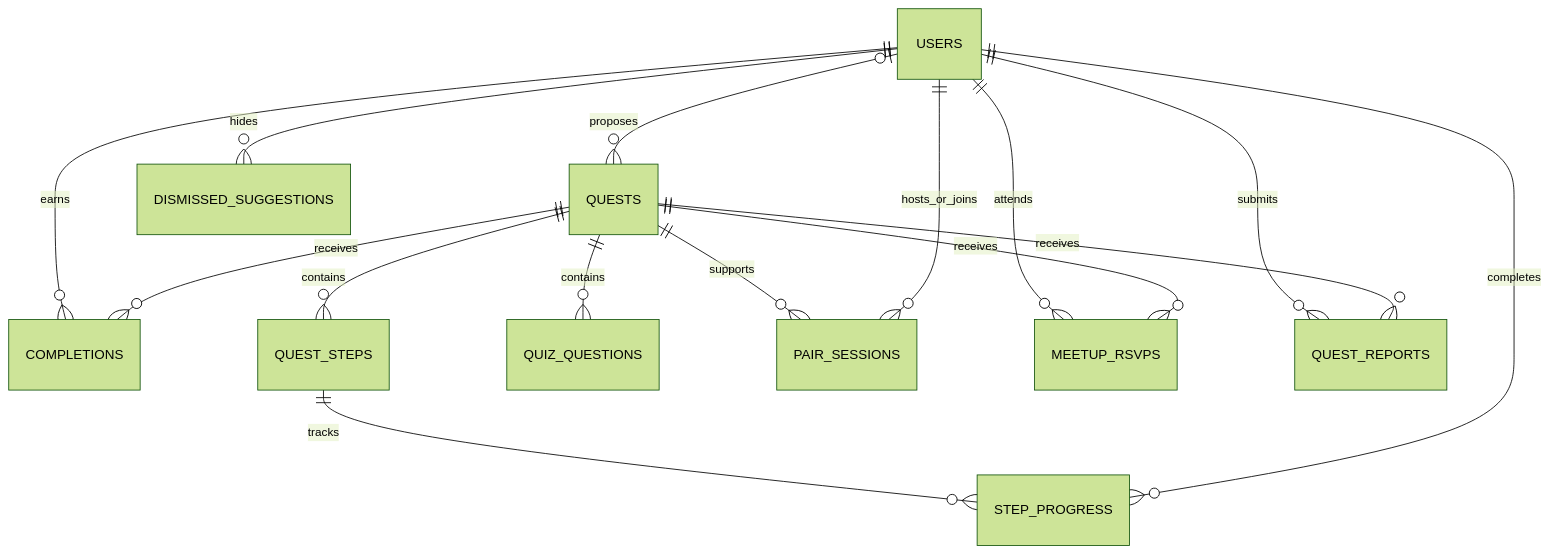
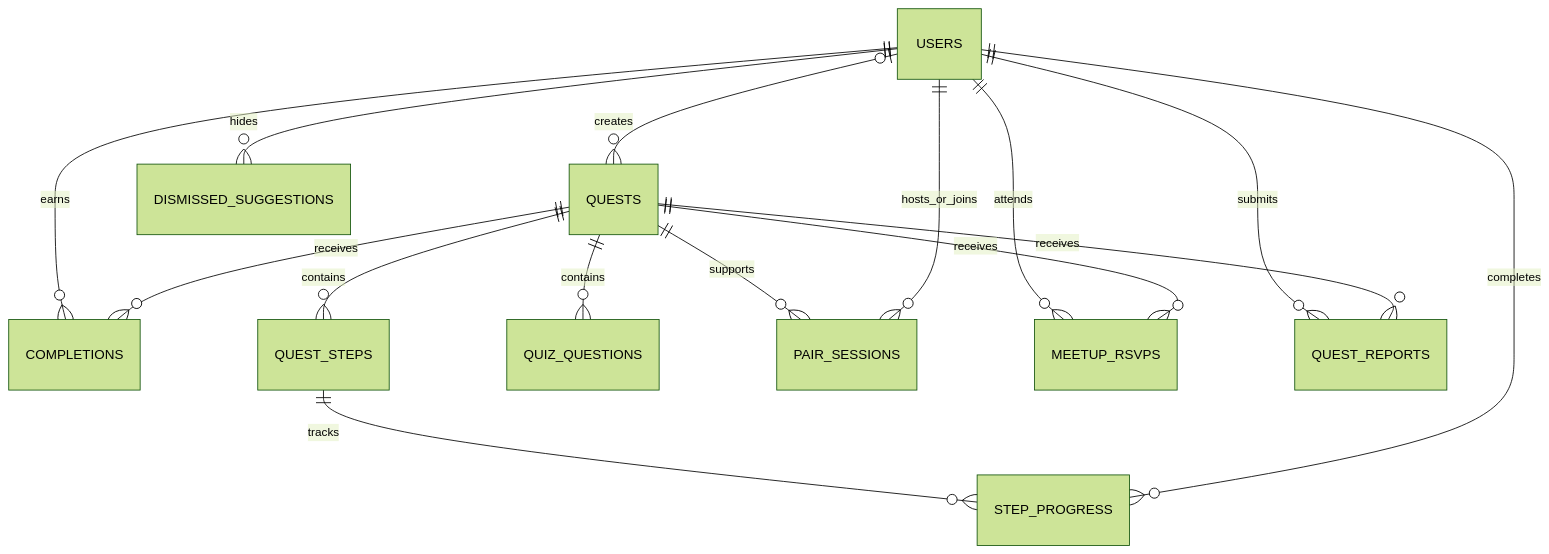
The second of 2 diagrams in CODEBASE_GUIDE.md (SmallPandaWorld/Hackathon_Team_19), drawn with Mermaid (forest theme) before and after one commit. The commit also changed other lines of this file and 19 other files, not shown here.

````diff
--- a/CODEBASE_GUIDE.md
+++ b/CODEBASE_GUIDE.md
@@ -264,17 +264,17 @@
 ```mermaid
 erDiagram
     USERS ||--o{ COMPLETIONS : earns
     QUESTS ||--o{ COMPLETIONS : receives
     QUESTS ||--o{ QUEST_STEPS : contains
     QUEST_STEPS ||--o{ STEP_PROGRESS : tracks
     USERS ||--o{ STEP_PROGRESS : completes
     QUESTS ||--o{ QUIZ_QUESTIONS : contains
     QUESTS ||--o{ PAIR_SESSIONS : supports
     USERS ||--o{ PAIR_SESSIONS : hosts_or_joins
     USERS ||--o{ MEETUP_RSVPS : attends
     QUESTS ||--o{ MEETUP_RSVPS : receives
     USERS ||--o{ QUEST_REPORTS : submits
     QUESTS ||--o{ QUEST_REPORTS : receives
     USERS ||--o{ DISMISSED_SUGGESTIONS : hides
-    USERS o|--o{ QUESTS : proposes
+    USERS o|--o{ QUESTS : creates
 ```
````
